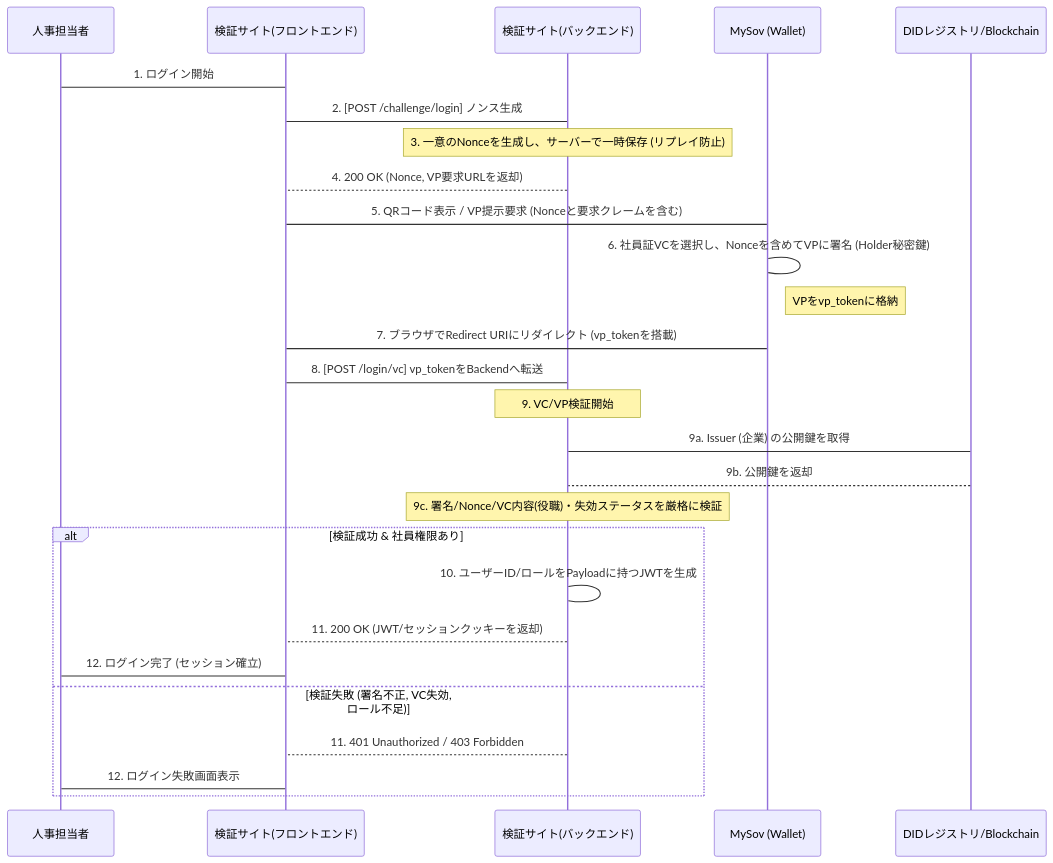
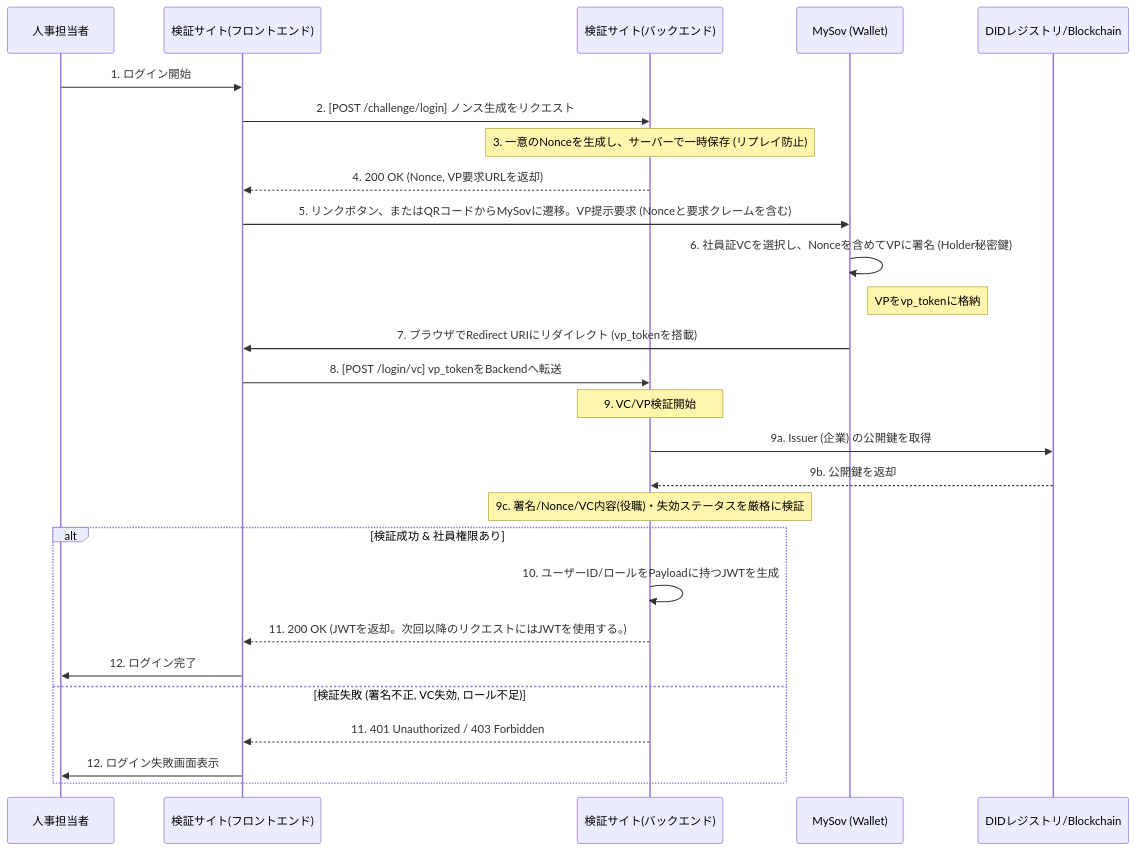
Before and after one commit to satoke-dp/sample: the first of 3 diagrams in README.md, drawn with Mermaid.

````diff
--- a/README.md
+++ b/README.md
@@ -3,37 +3,37 @@
 ```mermaid
 sequenceDiagram
     participant HR as 人事担当者
     participant IssuerFE as 検証サイト(フロントエンド)
     participant IssuerBE as 検証サイト(バックエンド)
     participant MySov as MySov (Wallet)
     participant VDR as DIDレジストリ/Blockchain
 
-    HR->IssuerFE: 1. ログイン開始
+    HR->>IssuerFE: 1. ログイン開始
     
     %% VC検証要求 (Challenge Generation)
-    IssuerFE->IssuerBE: 2. [POST /challenge/login] ノンス生成
+    IssuerFE->>IssuerBE: 2. [POST /challenge/login] ノンス生成をリクエスト
     Note over IssuerBE: 3. 一意のNonceを生成し、サーバーで一時保存 (リプレイ防止)
-    IssuerBE-->IssuerFE: 4. 200 OK (Nonce, VP要求URLを返却)
-    IssuerFE->MySov: 5. QRコード表示 / VP提示要求 (Nonceと要求クレームを含む)
+    IssuerBE-->>IssuerFE: 4. 200 OK (Nonce, VP要求URLを返却)
+    IssuerFE->>MySov: 5. リンクボタン、またはQRコードからMySovに遷移。VP提示要求 (Nonceと要求クレームを含む)
 
     %% 署名と提示 (VP Presentation)
-    MySov->MySov: 6. 社員証VCを選択し、Nonceを含めてVPに署名 (Holder秘密鍵)
+    MySov->>MySov: 6. 社員証VCを選択し、Nonceを含めてVPに署名 (Holder秘密鍵)
     Note right of MySov: VPをvp_tokenに格納
-    MySov->IssuerFE: 7. ブラウザでRedirect URIにリダイレクト (vp_tokenを搭載)
-    IssuerFE->IssuerBE: 8. [POST /login/vc] vp_tokenをBackendへ転送
+    MySov->>IssuerFE: 7. ブラウザでRedirect URIにリダイレクト (vp_tokenを搭載)
+    IssuerFE->>IssuerBE: 8. [POST /login/vc] vp_tokenをBackendへ転送
 
     %% 検証とセッション確立 (Verification & Session Grant)
     Note over IssuerBE: 9. VC/VP検証開始
-    IssuerBE->VDR: 9a.  Issuer (企業) の公開鍵を取得
-    VDR-->IssuerBE: 9b. 公開鍵を返却
+    IssuerBE->>VDR: 9a.  Issuer (企業) の公開鍵を取得
+    VDR-->>IssuerBE: 9b. 公開鍵を返却
     Note over IssuerBE: 9c. 署名/Nonce/VC内容(役職)・失効ステータスを厳格に検証
 
     alt 検証成功 & 社員権限あり
-        IssuerBE->IssuerBE: 10. ユーザーID/ロールをPayloadに持つJWTを生成
-        IssuerBE-->IssuerFE: 11. 200 OK (JWT/セッションクッキーを返却)
-        IssuerFE->HR: 12. ログイン完了 (セッション確立)
+        IssuerBE->>IssuerBE: 10. ユーザーID/ロールをPayloadに持つJWTを生成
+        IssuerBE-->>IssuerFE: 11. 200 OK (JWTを返却。次回以降のリクエストにはJWTを使用する。)
+        IssuerFE->>HR: 12. ログイン完了
     else 検証失敗 (署名不正, VC失効, ロール不足)
-        IssuerBE-->IssuerFE: 11. 401 Unauthorized / 403 Forbidden
-        IssuerFE->HR: 12. ログイン失敗画面表示
+        IssuerBE-->>IssuerFE: 11. 401 Unauthorized / 403 Forbidden
+        IssuerFE->>HR: 12. ログイン失敗画面表示
     end
 ```
````
